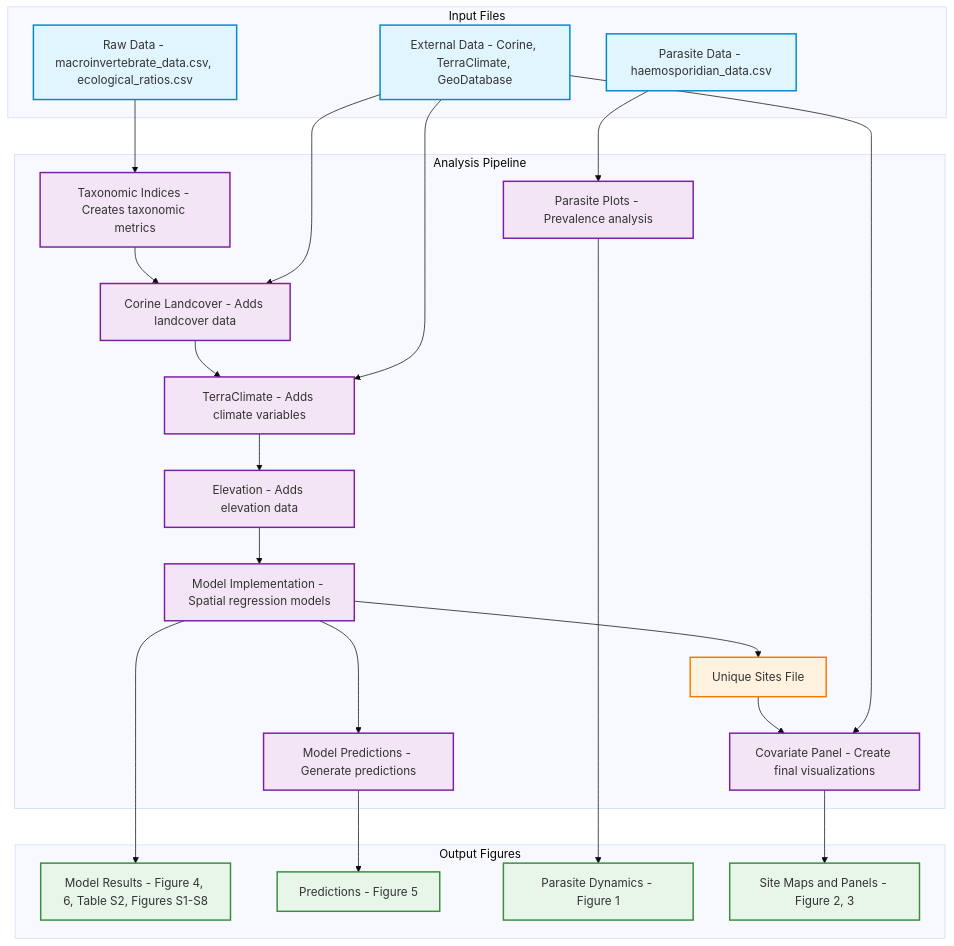
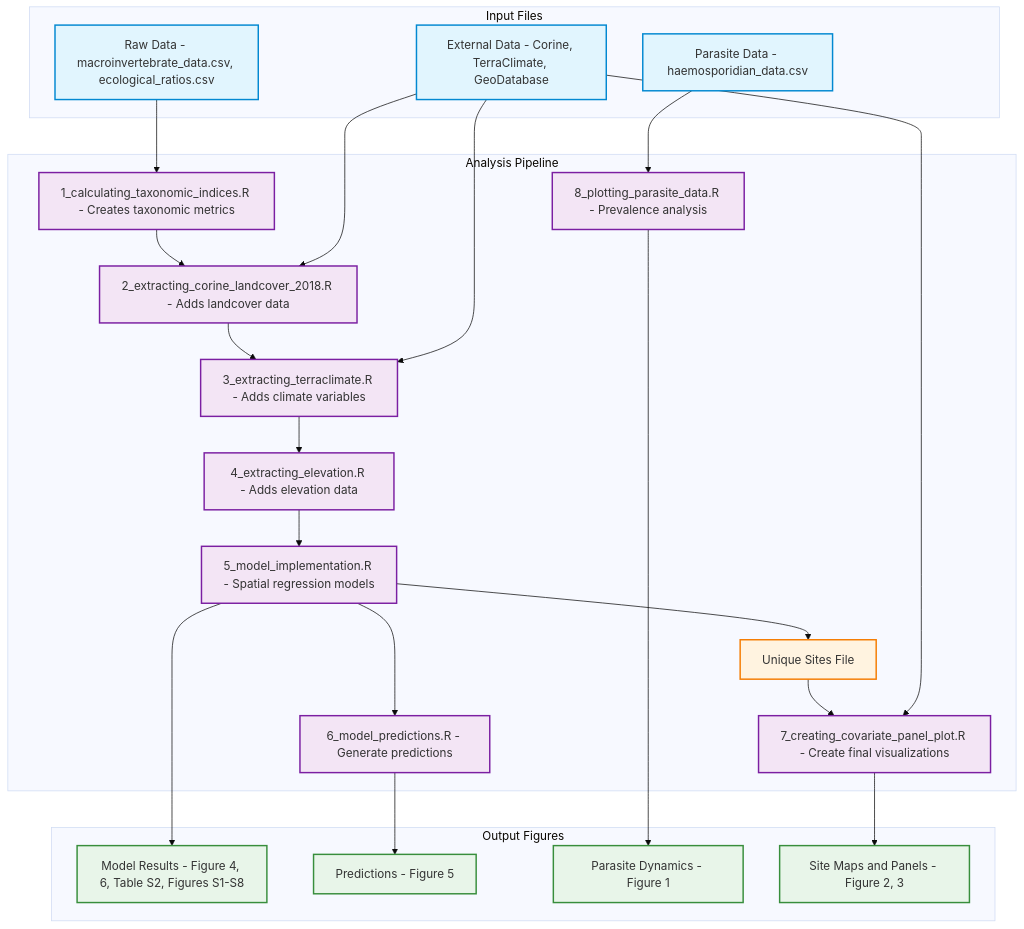
Before and after one commit to HeeeyNathan/Predicting_vector_abundance_in_Lithuania: the diagram in README.md, drawn with Mermaid (base theme).

Commit message:
Tinkered with READ.ME

````diff
--- a/README.md
+++ b/README.md
@@ -123,41 +123,41 @@
 ```mermaid
 graph TD
     subgraph Input Files
         R[Raw Data - macroinvertebrate_data.csv, ecological_ratios.csv]
         P[Parasite Data - haemosporidian_data.csv]
         E[External Data - Corine, TerraClimate, GeoDatabase]
     end
     
     subgraph Analysis Pipeline
-        R --> S1[Taxonomic Indices - Creates taxonomic metrics]
-        S1 --> S2[Corine Landcover - Adds landcover data]
+        R --> S1[1_calculating_taxonomic_indices.R - Creates taxonomic metrics]
+        S1 --> S2[2_extracting_corine_landcover_2018.R - Adds landcover data]
         E --> S2
-        S2 --> S3[TerraClimate - Adds climate variables]
+        S2 --> S3[3_extracting_terraclimate.R - Adds climate variables]
         E --> S3
-        S3 --> S4[Elevation - Adds elevation data]
-        S4 --> S5[Model Implementation - Spatial regression models]
-        S5 --> S6[Model Predictions - Generate predictions]
+        S3 --> S4[4_extracting_elevation.R - Adds elevation data]
+        S4 --> S5[5_model_implementation.R - Spatial regression models]
+        S5 --> S6[6_model_predictions.R - Generate predictions]
         S5 --> Sites[Unique Sites File]
-        Sites --> S8[Covariate Panel - Create final visualizations]
+        Sites --> S8[7_creating_covariate_panel_plot.R - Create final visualizations]
         E --> S8
-        P --> S7[Parasite Plots - Prevalence analysis]
+        P --> S7[8_plotting_parasite_data.R - Prevalence analysis]
     end
     
     subgraph Output Figures
         S5 --> O1[Model Results - Figure 4, 6, Table S2, Figures S1-S8]
         S6 --> O2[Predictions - Figure 5]
         S7 --> O3[Parasite Dynamics - Figure 1]
         S8 --> O4[Site Maps and Panels - Figure 2, 3]
     end
     
     %% Styling
     classDef input fill:#e1f5fe,stroke:#0288d1,stroke-width:2px;
     classDef script fill:#f3e5f5,stroke:#7b1fa2,stroke-width:2px;
     classDef output fill:#e8f5e9,stroke:#388e3c,stroke-width:2px;
     classDef intermediate fill:#fff3e0,stroke:#f57c00,stroke-width:2px;
     
     class R,P,E input;
     class S1,S2,S3,S4,S5,S6,S7,S8 script;
     class O1,O2,O3,O4 output;
     class Sites intermediate;
 ```
````
